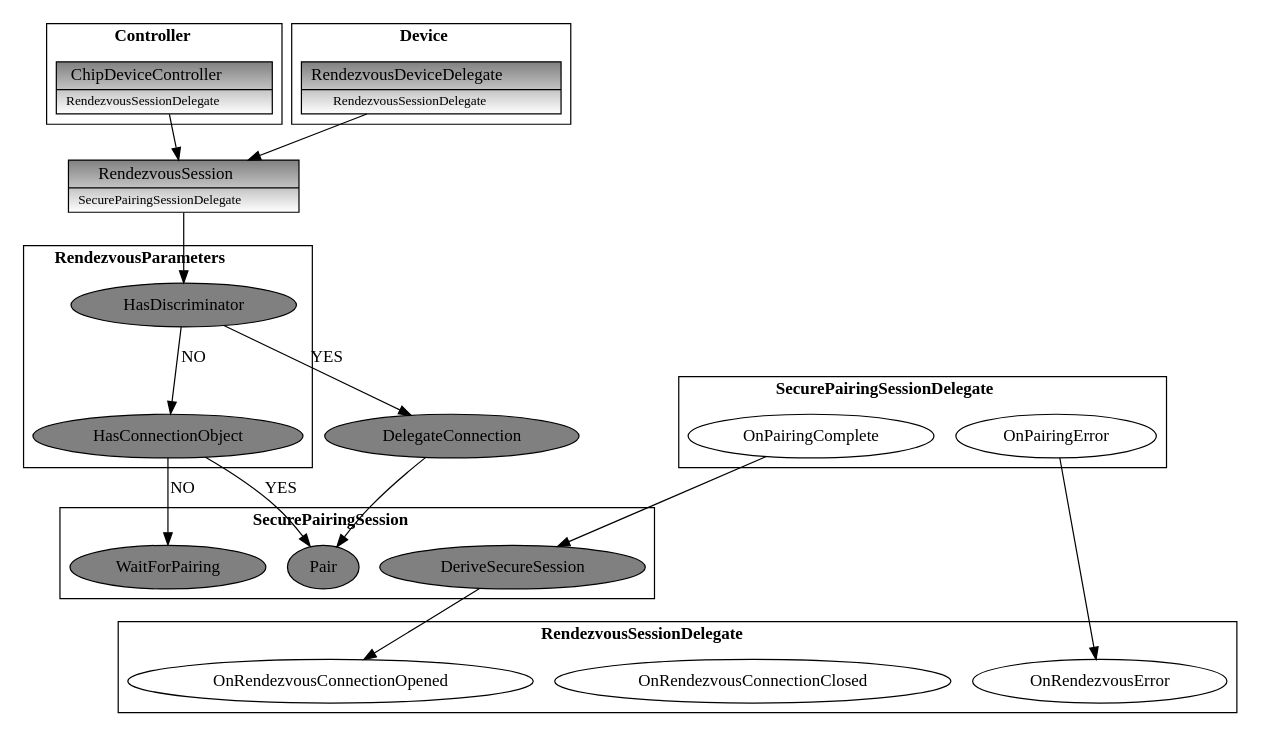
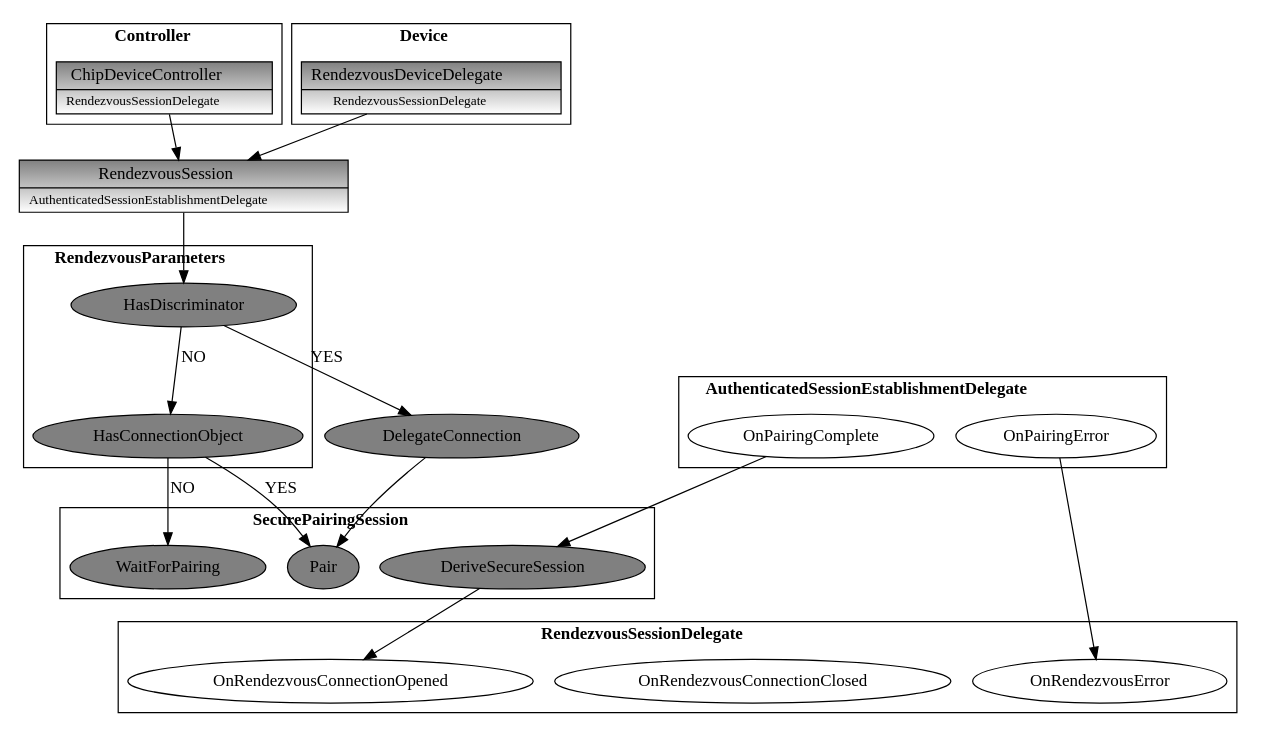
Before and after one commit to project-chip/connectedhomeip: the diagram in docs/dots/Rendezvous/RendezvousSessionInit.dot, drawn with Graphviz. The commit also changed 9 other files, not shown here.

```diff
--- a/docs/dots/Rendezvous/RendezvousSessionInit.dot
+++ b/docs/dots/Rendezvous/RendezvousSessionInit.dot
@@ -1,83 +1,83 @@
 digraph RendezvousSession
 {
   node [fillcolor="gray", style=filled]
 
   # This section represents controller-only elements
   subgraph cluster_controller {
     label=<<b>Controller</b>>
     node [fillcolor="white:gray", gradientangle=90]
 
     ChipDeviceController [shape=record label=<{ChipDeviceController|<font point-size="11">RendezvousSessionDelegate</font>}>, URL="@ref chip::DeviceController::ChipDeviceController"]
   }
 
   # This section represents device-only elements
   subgraph cluster_device {
     label=<<b>Device</b>>
     node [fillcolor="white:gray", gradientangle=90]
 
     RendezvousDeviceDelegate [shape=record label=<{RendezvousDeviceDelegate|<font point-size="11">RendezvousSessionDelegate</font>}> URL="@ref chip::RendezvousSessionDelegate"]
   }
 
   # This section represents elements which belongs to src/transport/
   subgraph rendezvousSession {
     node [fillcolor="white:gray", gradientangle=90]
 
-    RendezvousSession [shape=record, label=<{RendezvousSession|<font point-size="11">SecurePairingSessionDelegate</font>}>, URL="@ref chip::SecurePairingSessionDelegate"]
+    RendezvousSession [shape=record, label=<{RendezvousSession|<font point-size="11">AuthenticatedSessionEstablishmentDelegate</font>}>, URL="@ref chip::AuthenticatedSessionEstablishmentDelegate"]
   }
 
   # This section represents methods which belongs to SecurePairingSession
   subgraph cluster_securePairingSession {
     label=<<b>SecurePairingSession</b>>
     node [fillcolor="gray"]
 
     WaitForPairing [URL="@ref chip::SecurePairingSession::WaitForPairing"]
     Pair [URL="@ref chip::SecurePairingSession::Pair"]
     DeriveSecureSession [URL="@ref chip::SecurePairingSession::DeriveSecureSession"]
   }
 
   # This section represents methods which belongs to RendezvousParameters
   subgraph cluster_RendezvousParameters {
     label=<<b>RendezvousParameters</b>>
     node [fillcolor="gray"]
 
     HasDiscriminator [URL="@ref chip::RendezvousParameters::HasDiscriminator"]
     HasConnectionObject [URL="@ref chip::RendezvousParameters::HasConnectionObject"]
   }
 
   # This section represents callbacks which belongs to RendezvousSessionDelegate
   subgraph cluster_rendezvousSessionDelegate {
     label=<<b>RendezvousSessionDelegate</b>>
     node [fillcolor="white"]
 
     OnRendezvousConnectionOpened [URL="@ref chip::RendezvousSessionDelegate::OnRendezvousConnectionOpened"]
     OnRendezvousConnectionClosed [URL="@ref chip::RendezvousSessionDelegate::OnRendezvousConnectionClosed"]
     OnRendezvousError [URL="@ref chip::RendezvousSessionDelegate::OnRendezvousError"]
   }
 
-  # This section represents callbacks which belongs to SecurePairingSessionDelegate
-  subgraph cluster_securePairingSessionDelegate {
-    label=<<b>SecurePairingSessionDelegate</b>>
+  # This section represents callbacks which belongs to AuthenticatedSessionEstablishmentDelegate
+  subgraph cluster_secureAuthenticatedSessionEstablishmentDelegate {
+    label=<<b>AuthenticatedSessionEstablishmentDelegate</b>>
     node [fillcolor="white"]
 
-    OnPairingError [URL="@ref chip::SecurePairingSessionDelegate::OnPairingError"]
-    OnPairingComplete [URL="@ref chip::SecurePairingSessionDelegate::OnPairingComplete"]
+    OnPairingError [URL="@ref chip::AuthenticatedSessionEstablishmentDelegate::OnPairingError"]
+    OnPairingComplete [URL="@ref chip::AuthenticatedSessionEstablishmentDelegate::OnPairingComplete"]
   }
 
   #############################
   # Main relationships
   #############################
   {ChipDeviceController, RendezvousDeviceDelegate} -> RendezvousSession
 
   RendezvousSession -> HasDiscriminator
 
   HasDiscriminator -> DelegateConnection [label=YES]
   DelegateConnection -> Pair
 
   HasDiscriminator -> HasConnectionObject [label=NO]
   HasConnectionObject -> Pair [label=YES]
 
   HasConnectionObject -> WaitForPairing [label=NO]
 
   OnPairingError -> OnRendezvousError
   OnPairingComplete -> DeriveSecureSession -> OnRendezvousConnectionOpened
 }
```
